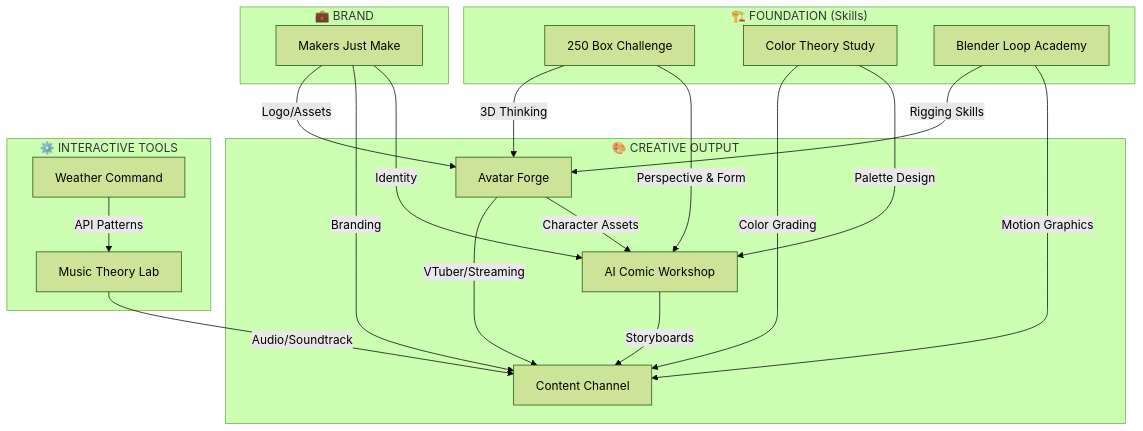
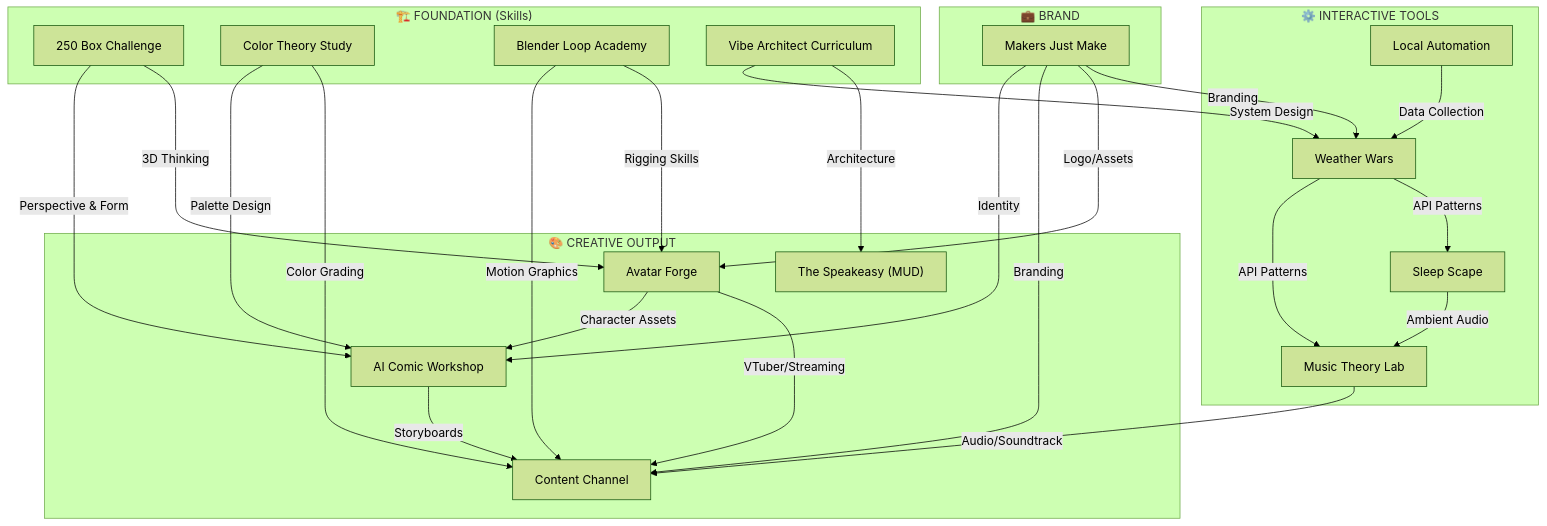
One commit to phloids-code-forge/Toolbox changed the diagram in Project_Ecosystem.md. Above: the diagram before and after it, drawn with Mermaid (forest theme). The commit also changed other lines of this file and 19 other files, not shown here.

````diff
--- a/Project_Ecosystem.md
+++ b/Project_Ecosystem.md
@@ -15,45 +140,55 @@
 ```mermaid
 graph TB
     subgraph FOUNDATION["🏗️ FOUNDATION (Skills)"]
         BOX["250 Box Challenge"]
         COLOR["Color Theory Study"]
         BLENDER["Blender Loop Academy"]
+        VIBE["Vibe Architect Curriculum"]
     end
 
     subgraph CREATIVE["🎨 CREATIVE OUTPUT"]
         COMIC["AI Comic Workshop"]
         AVATAR["Avatar Forge"]
         CONTENT["Content Channel"]
+        SPEAKEASY["The Speakeasy (MUD)"]
     end
 
     subgraph TOOLS["⚙️ INTERACTIVE TOOLS"]
         MUSIC["Music Theory Lab"]
-        WEATHER["Weather Command"]
+        WEATHER["Weather Wars"]
+        SLEEP["Sleep Scape"]
+        PLAYWRIGHT["Local Automation"]
     end
 
     subgraph BRAND["💼 BRAND"]
         MAKERS["Makers Just Make"]
     end
 
     %% Skill Flows
     BOX -->|"Perspective & Form"| COMIC
     BOX -->|"3D Thinking"| AVATAR
     COLOR -->|"Palette Design"| COMIC
     COLOR -->|"Color Grading"| CONTENT
     BLENDER -->|"Motion Graphics"| CONTENT
     BLENDER -->|"Rigging Skills"| AVATAR
+    VIBE -->|"System Design"| WEATHER
+    VIBE -->|"Architecture"| SPEAKEASY
 
     %% Creative Synergies
     AVATAR -->|"Character Assets"| COMIC
     AVATAR -->|"VTuber/Streaming"| CONTENT
     COMIC -->|"Storyboards"| CONTENT
 
     %% Tool Integration
     MUSIC -->|"Audio/Soundtrack"| CONTENT
     WEATHER -->|"API Patterns"| MUSIC
+    WEATHER -->|"API Patterns"| SLEEP
+    PLAYWRIGHT -->|"Data Collection"| WEATHER
+    SLEEP -->|"Ambient Audio"| MUSIC
 
     %% Brand Umbrella
     MAKERS -->|"Identity"| COMIC
     MAKERS -->|"Branding"| CONTENT
     MAKERS -->|"Logo/Assets"| AVATAR
+    MAKERS -->|"Branding"| WEATHER
 ```
````
